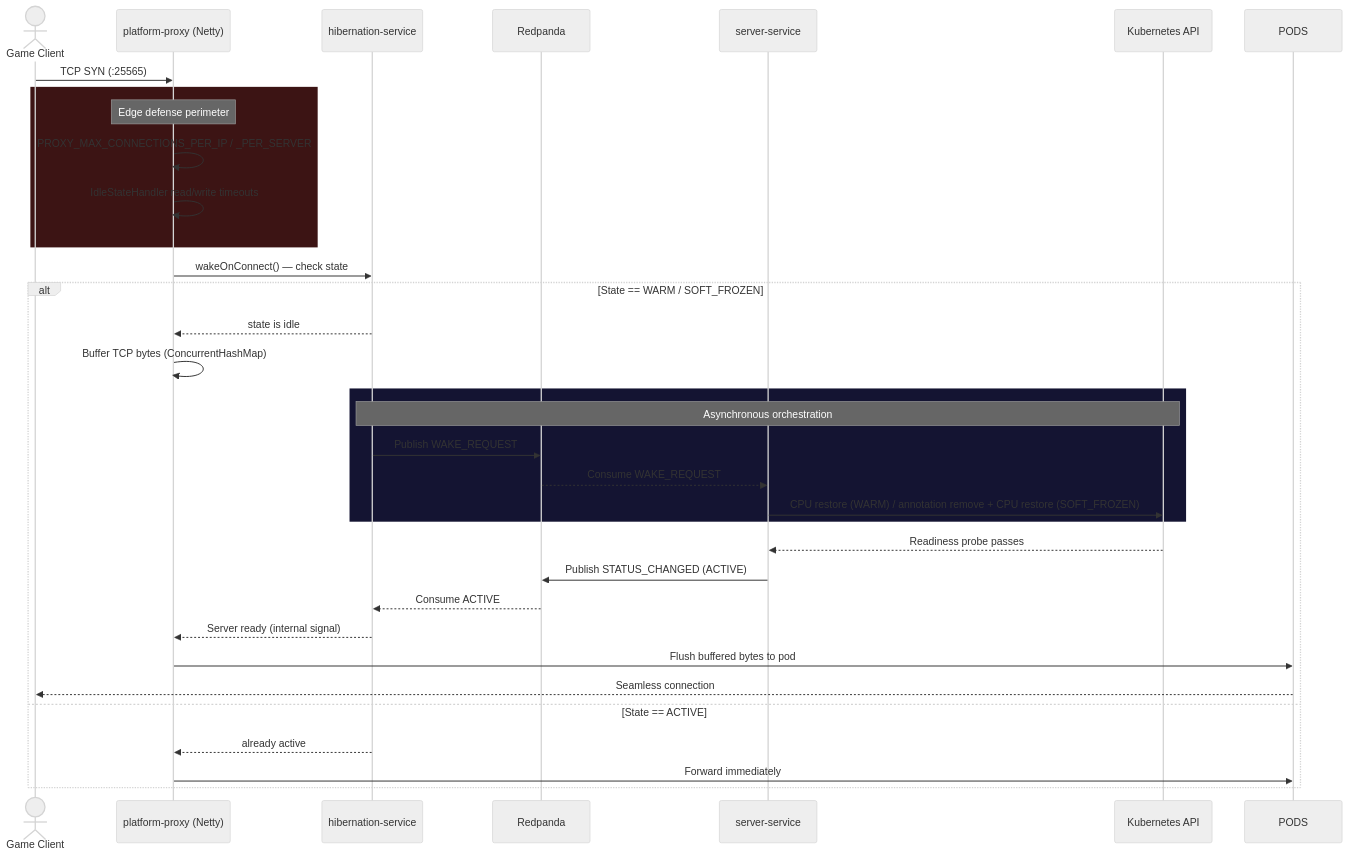
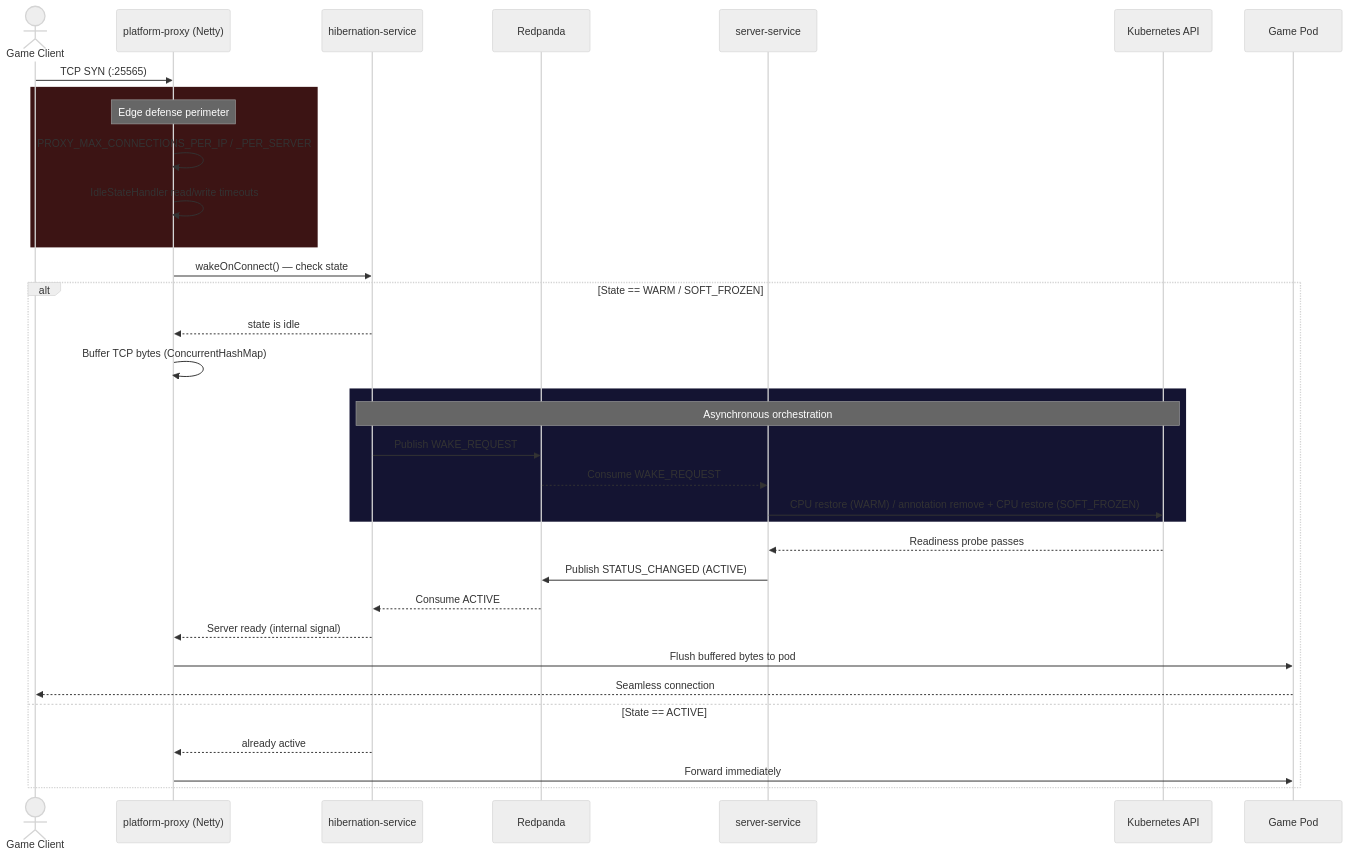
The second of 6 diagrams in README.md (WhitehatD/MetricHost), drawn with Mermaid (neutral theme) before and after one commit. The commit also changed 3 other files, not shown here.

First line of the commit message:
docs: fix Mermaid diagrams + add state/architecture/namespace diagrams

````diff
--- a/README.md
+++ b/README.md
@@ -197,42 +197,43 @@
 ```mermaid
 sequenceDiagram
     actor Player as Game Client
     participant Proxy as platform-proxy (Netty)
     participant Hiber as hibernation-service
     participant Kafka as Redpanda
     participant Srv as server-service
     participant K8s as Kubernetes API
+    participant PODS as Game Pod
 
     Player->>Proxy: TCP SYN (:25565)
 
     rect rgb(60, 20, 20)
         Note over Proxy: Edge defense perimeter
         Proxy->>Proxy: PROXY_MAX_CONNECTIONS_PER_IP / _PER_SERVER
         Proxy->>Proxy: IdleStateHandler read/write timeouts
     end
 
     Proxy->>Hiber: wakeOnConnect() — check state
 
     alt State == WARM / SOFT_FROZEN
         Hiber-->>Proxy: state is idle
         Proxy->>Proxy: Buffer TCP bytes (ConcurrentHashMap)
 
         rect rgb(20, 20, 50)
             Note over Hiber,K8s: Asynchronous orchestration
             Hiber->>Kafka: Publish WAKE_REQUEST
             Kafka-->>Srv: Consume WAKE_REQUEST
             Srv->>K8s: CPU restore (WARM) / annotation remove + CPU restore (SOFT_FROZEN)
         end
 
         K8s-->>Srv: Readiness probe passes
         Srv->>Kafka: Publish STATUS_CHANGED (ACTIVE)
         Kafka-->>Hiber: Consume ACTIVE
         Hiber-->>Proxy: Server ready (internal signal)
         Proxy->>PODS: Flush buffered bytes to pod
         PODS-->>Player: Seamless connection
 
     else State == ACTIVE
         Hiber-->>Proxy: already active
         Proxy->>PODS: Forward immediately
     end
 ```
````
